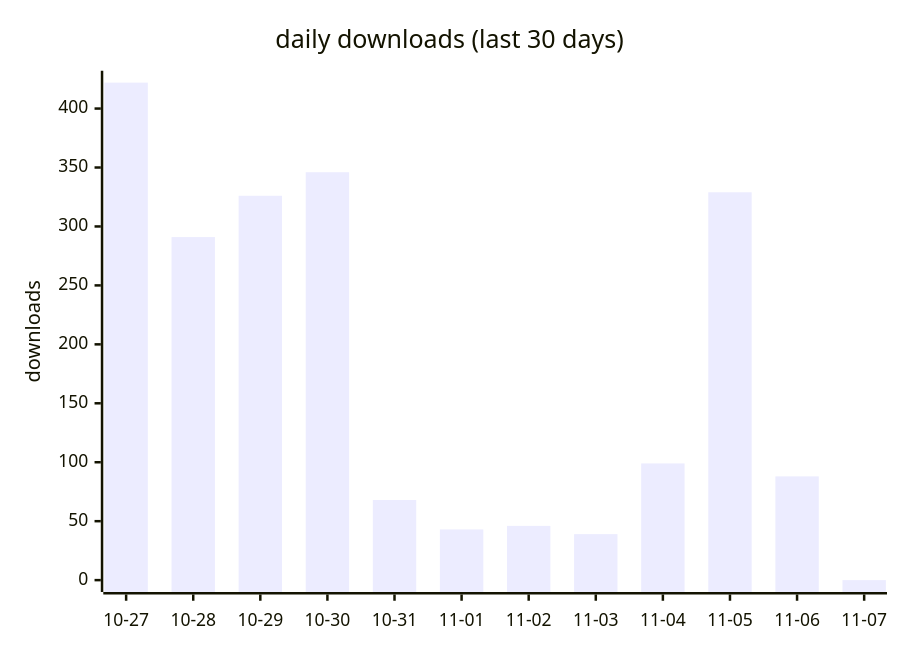
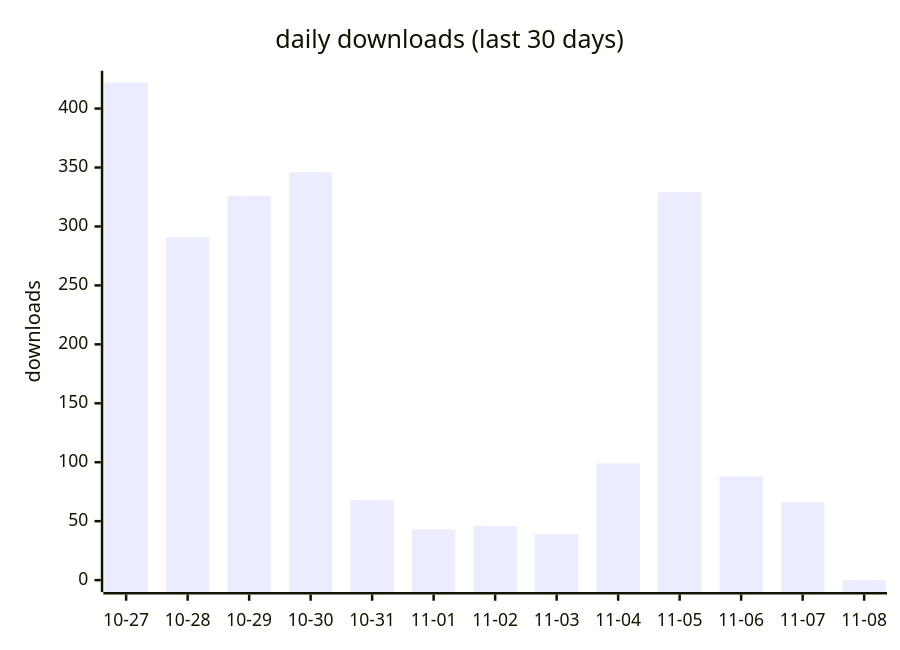
The first of 2 diagrams in docs/downloads-2026.md (terry2010/dsh-loop-recover), drawn with Mermaid before and after one commit. The commit also changed other lines of this file and 1 other file, not shown here.

````diff
--- a/docs/downloads-2026.md
+++ b/docs/downloads-2026.md
@@ -19,7 +19,7 @@
 ```mermaid
 xychart-beta
     title "daily downloads (last 30 days)"
-    x-axis ["10-27", "10-28", "10-29", "10-30", "10-31", "11-01", "11-02", "11-03", "11-04", "11-05", "11-06", "11-07"]
+    x-axis ["10-27", "10-28", "10-29", "10-30", "10-31", "11-01", "11-02", "11-03", "11-04", "11-05", "11-06", "11-07", "11-08"]
     y-axis "downloads" 0 --> 422
-    bar [422, 291, 326, 346, 68, 43, 46, 39, 99, 329, 88, 0]
+    bar [422, 291, 326, 346, 68, 43, 46, 39, 99, 329, 88, 66, 0]
 ```
````
